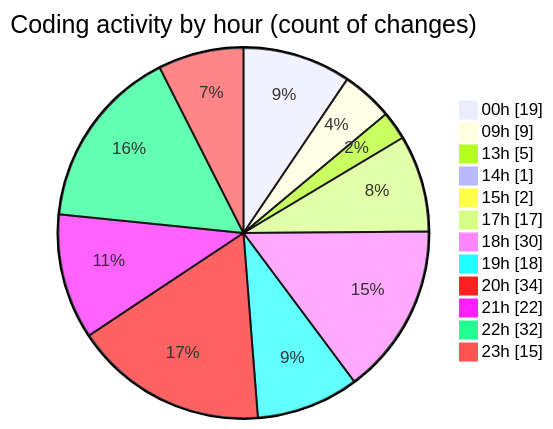
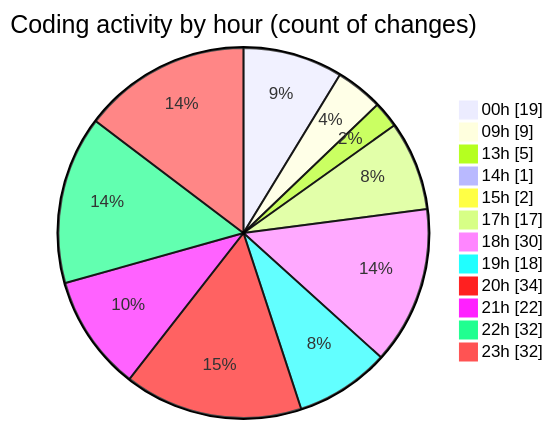
The second of 2 diagrams in 2025-08-12/ribbon/README.md (EIIisD/code-tracking), drawn with Mermaid before and after one commit. The commit also changed other lines of this file and 1 other file, not shown here.

````diff
--- a/2025-08-12/ribbon/README.md
+++ b/2025-08-12/ribbon/README.md
@@ -58,16 +60,16 @@
 ```mermaid
 pie showData
 title Coding activity by hour (count of changes)
 "00h" : 19
 "09h" : 9
 "13h" : 5
 "14h" : 1
 "15h" : 2
 "17h" : 17
 "18h" : 30
 "19h" : 18
 "20h" : 34
 "21h" : 22
 "22h" : 32
-"23h" : 15
+"23h" : 32
 ```
````
